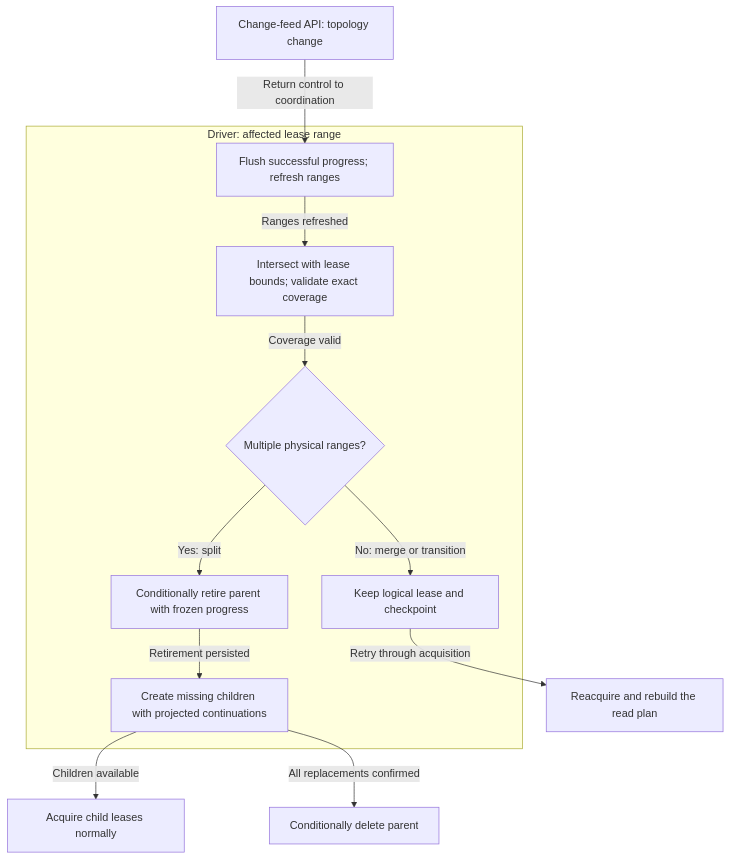
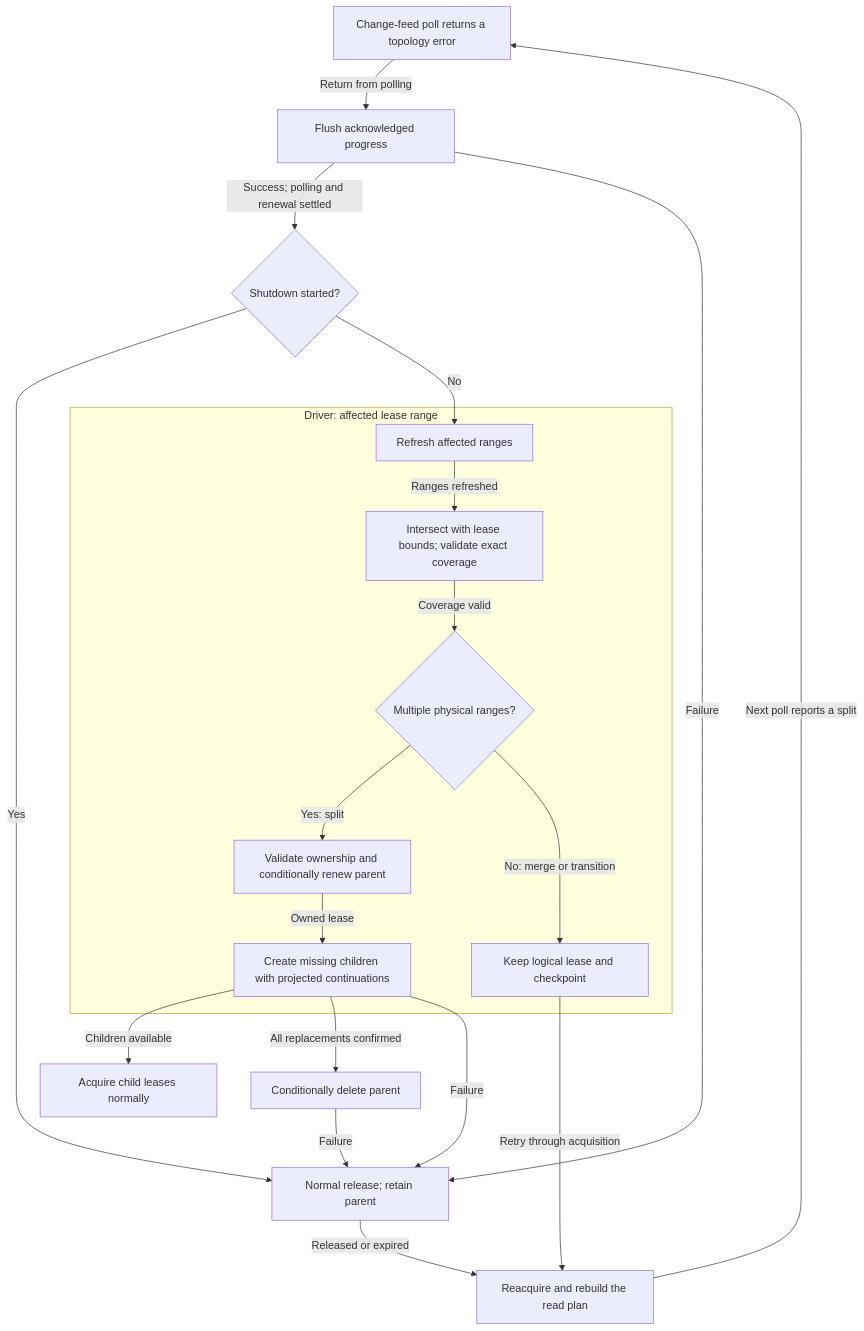
The ninth of 9 diagrams in sdk/cosmos/docs/specs/0030-change-feed-processor.md (Azure/azure-sdk-for-rust), drawn with Mermaid before and after one commit. The commit also changed other lines of this file and 10 other files, not shown here.

First line of the commit message:
Remove CFP split retirement lifecycle

````diff
--- a/sdk/cosmos/docs/specs/0030-change-feed-processor.md
+++ b/sdk/cosmos/docs/specs/0030-change-feed-processor.md
@@ -2693,14 +2626,22 @@
 ```mermaid
 flowchart TD
-    Changed["Change-feed API: topology change"] -->|Return control to coordination| Refresh
+    Changed["Change-feed poll returns a topology error"] -->|Return from polling| Flush["Flush acknowledged progress"]
+    Flush -->|Success; polling and renewal settled| Stopping{"Shutdown started?"}
+    Stopping -->|Yes| Release["Normal release; retain parent"]
+    Stopping -->|No| Refresh
     subgraph Recovery["Driver: affected lease range"]
-        Refresh["Flush successful progress; refresh ranges"] -->|Ranges refreshed| Coverage["Intersect with lease bounds; validate exact coverage"]
+        Refresh["Refresh affected ranges"] -->|Ranges refreshed| Coverage["Intersect with lease bounds; validate exact coverage"]
         Coverage -->|Coverage valid| Split{"Multiple physical ranges?"}
-        Split -->|Yes: split| Retire["Conditionally retire parent with frozen progress"]
-        Retire -->|Retirement persisted| Children["Create missing children with projected continuations"]
+        Split -->|Yes: split| Fence["Validate ownership and conditionally renew parent"]
+        Fence -->|Owned lease| Children["Create missing children with projected continuations"]
         Split -->|No: merge or transition| Keep["Keep logical lease and checkpoint"]
     end
     Children -->|Children available| Acquire["Acquire child leases normally"]
     Children -->|All replacements confirmed| Delete["Conditionally delete parent"]
     Keep -->|Retry through acquisition| Retry["Reacquire and rebuild the read plan"]
+    Flush -->|Failure| Release
+    Children -->|Failure| Release
+    Delete -->|Failure| Release
+    Release -->|Released or expired| Retry
+    Retry -->|Next poll reports a split| Changed
 ```
````
